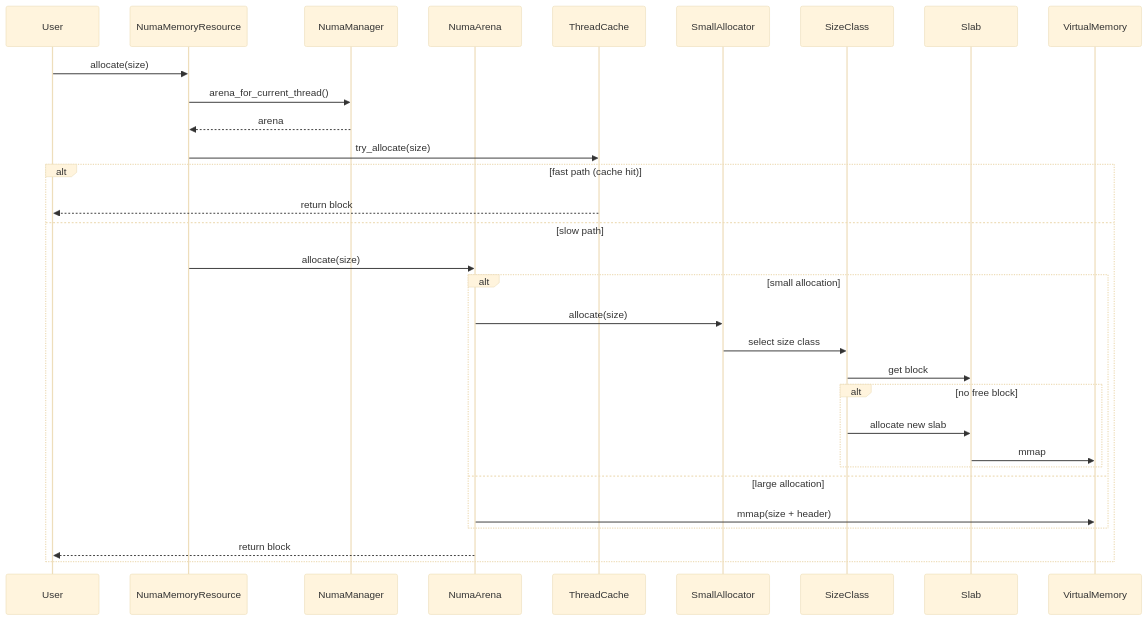
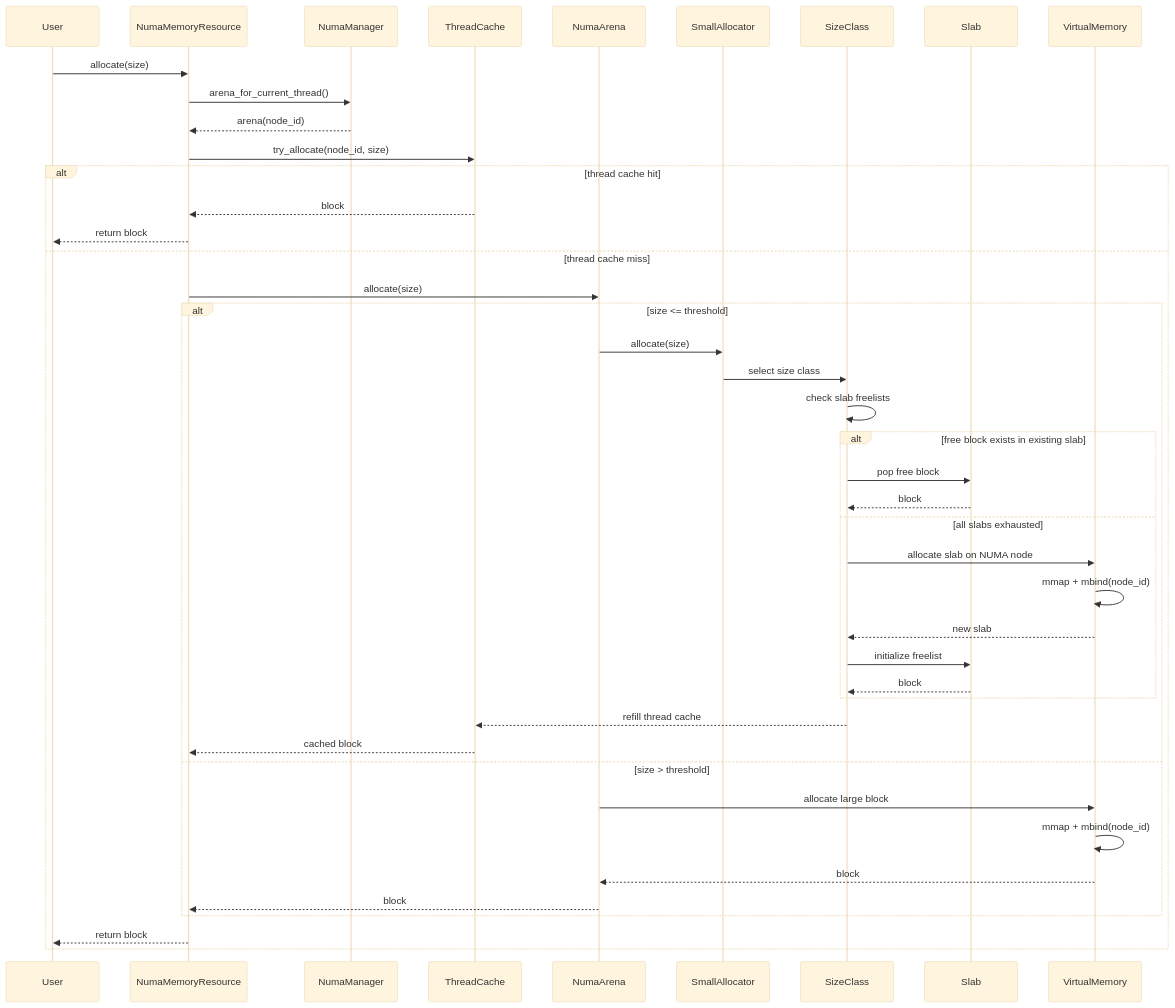
One commit to donar337/numa-pmr changed the diagram in graphic/allocation.md. Above: the diagram before and after it, drawn with Mermaid (base theme). The commit also changed 12 other files, not shown here.

````diff
--- a/graphic/allocation.md
+++ b/graphic/allocation.md
@@ -1,41 +1,71 @@
 ```mermaid
 sequenceDiagram
     participant User
     participant PMR as NumaMemoryResource
     participant Manager as NumaManager
+    participant TLC as ThreadCache
     participant Arena as NumaArena
-    participant TLC as ThreadCache
     participant Small as SmallAllocator
     participant SC as SizeClass
     participant Slab
     participant VM as VirtualMemory
 
     User->>PMR: allocate(size)
 
     PMR->>Manager: arena_for_current_thread()
-    Manager-->>PMR: arena
+    Manager-->>PMR: arena(node_id)
 
-    PMR->>TLC: try_allocate(size)
+    PMR->>TLC: try_allocate(node_id, size)
 
-    alt fast path (cache hit)
-        TLC-->>User: return block
-    else slow path
+    alt thread cache hit
+
+        TLC-->>PMR: block
+        PMR-->>User: return block
+
+    else thread cache miss
+
         PMR->>Arena: allocate(size)
 
-        alt small allocation
+        alt size <= threshold
+
             Arena->>Small: allocate(size)
+
             Small->>SC: select size class
-            SC->>Slab: get block
 
-            alt no free block
-                SC->>Slab: allocate new slab
-                Slab->>VM: mmap
+            SC->>SC: check slab freelists
+
+            alt free block exists in existing slab
+
+                SC->>Slab: pop free block
+                Slab-->>SC: block
+
+            else all slabs exhausted
+
+                SC->>VM: allocate slab on NUMA node
+                VM->>VM: mmap + mbind(node_id)
+
+                VM-->>SC: new slab
+
+                SC->>Slab: initialize freelist
+                Slab-->>SC: block
+
             end
 
-        else large allocation
-            Arena->>VM: mmap(size + header)
+            SC-->>TLC: refill thread cache
+            TLC-->>PMR: cached block
+
+        else size > threshold
+
+            Arena->>VM: allocate large block
+            VM->>VM: mmap + mbind(node_id)
+
+            VM-->>Arena: block
+
+            Arena-->>PMR: block
+
         end
 
-        Arena-->>User: return block
+        PMR-->>User: return block
+
     end
 ```
````
